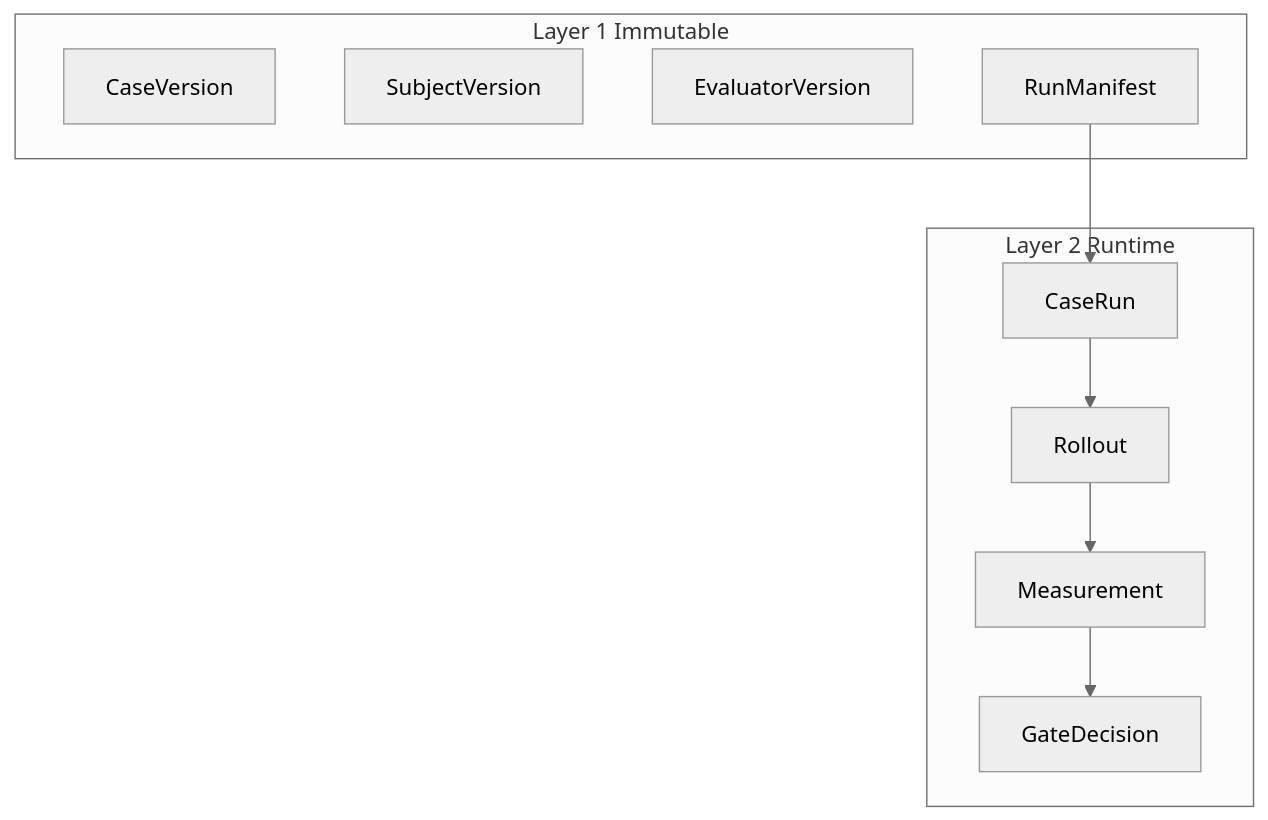
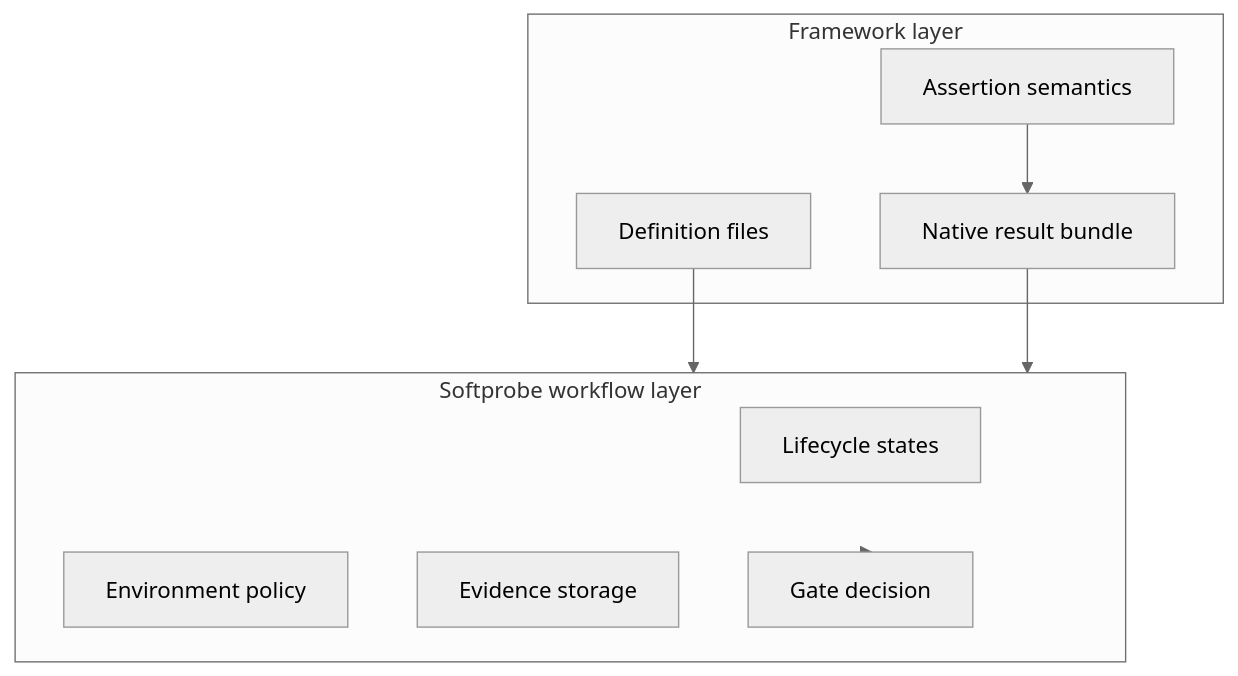
The diagram in en/evaluation/mental-model.md (softprobe/document-website), drawn with Mermaid (neutral theme) before and after one commit. The commit also changed other lines of this file and 10 other files, not shown here.

Commit message:
docs(evaluation): remove native authoring path; runner-first workflow

````diff
--- a/en/evaluation/mental-model.md
+++ b/en/evaluation/mental-model.md
@@ -132,17 +14,17 @@
 ```mermaid
 flowchart TB
-  subgraph immutable [Layer 1 Immutable]
-    CV[CaseVersion]
-    SV[SubjectVersion]
-    EV[EvaluatorVersion]
-    RM[RunManifest]
+  subgraph framework [Framework layer]
+    Def[Definition files]
+    Sem[Assertion semantics]
+    Res[Native result bundle]
   end
-  subgraph runtime [Layer 2 Runtime]
-    CR[CaseRun]
-    RO[Rollout]
-    M[Measurement]
-    GD[GateDecision]
+  subgraph workflow [Softprobe workflow layer]
+    Life[Lifecycle states]
+    Env[Environment policy]
+    Ev[Evidence storage]
+    Gate[Gate decision]
   end
-  RM --> CR --> RO --> M
-  M --> GD
+  Def --> workflow
+  Sem --> Res --> workflow
+  workflow --> Gate
 ```
````
